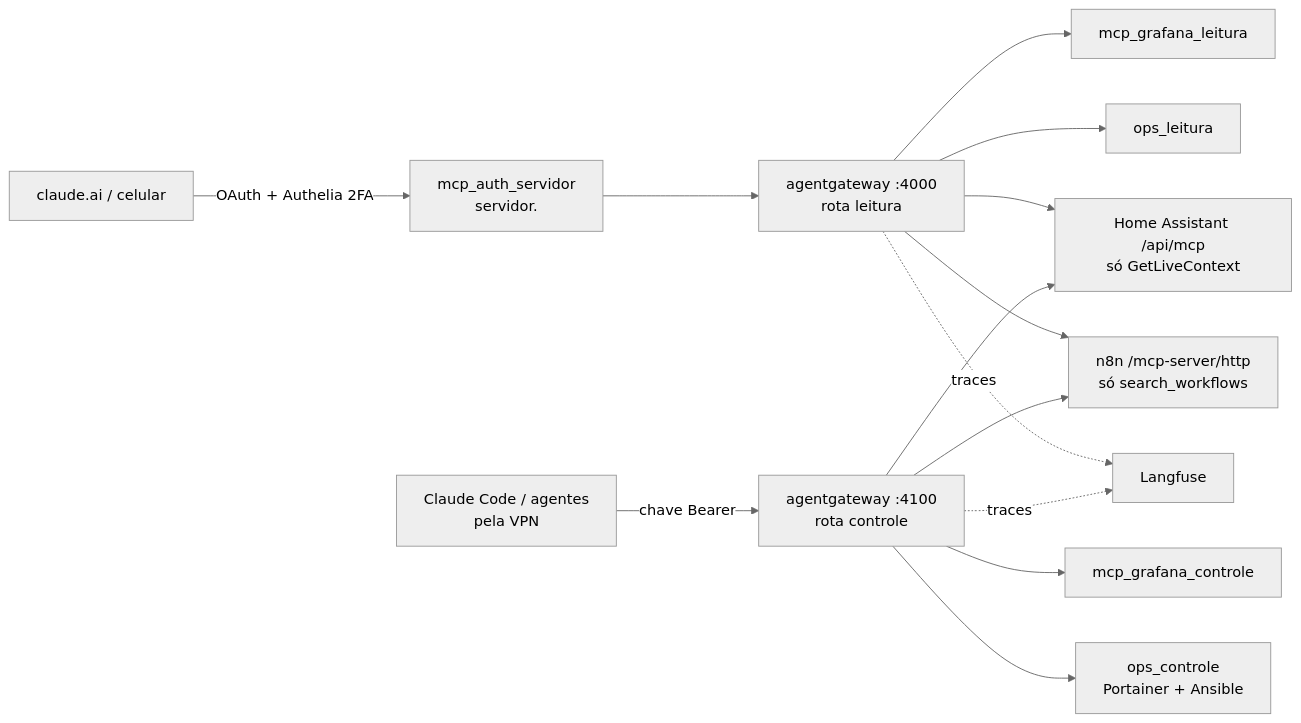
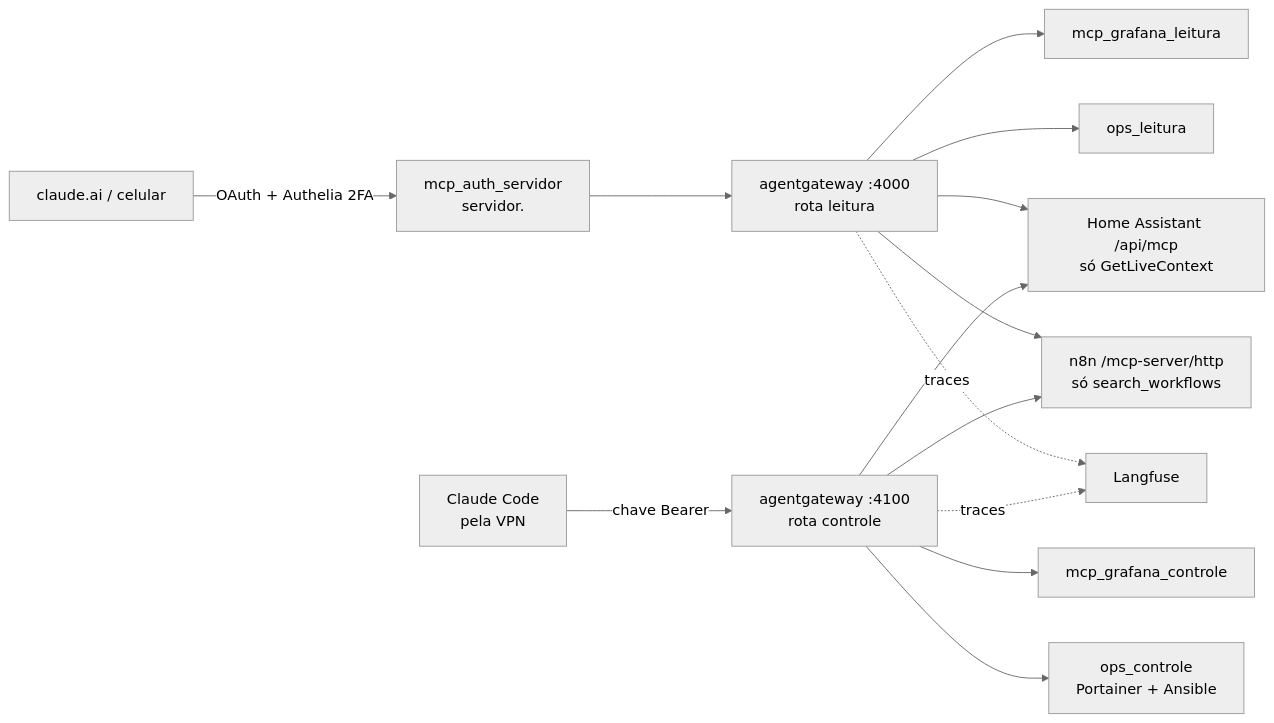
One commit to lioevano/wiki-home-server changed the diagram in wiki/docs/01-manual-implementacao/13-agentes-base.md. Above: the diagram before and after it, drawn with Mermaid (neutral theme). The commit also changed other lines of this file and 53 other files, not shown here.

````diff
--- a/wiki/docs/01-manual-implementacao/13-agentes-base.md
+++ b/wiki/docs/01-manual-implementacao/13-agentes-base.md
@@ -11,16 +11,16 @@
 ```mermaid
 flowchart LR
     claude[claude.ai / celular] -- OAuth + Authelia 2FA --> proxy[mcp_auth_servidor<br/>servidor.]
-    code[Claude Code / agentes<br/>pela VPN] -- chave Bearer --> controle[agentgateway :4100<br/>rota controle]
+    code[Claude Code<br/>pela VPN] -- chave Bearer --> controle[agentgateway :4100<br/>rota controle]
     proxy --> leitura[agentgateway :4000<br/>rota leitura]
     leitura --> gl[mcp_grafana_leitura]
     leitura --> ol[ops_leitura]
     leitura --> ha[Home Assistant /api/mcp<br/>só GetLiveContext]
     leitura --> n8[n8n /mcp-server/http<br/>só search_workflows]
     controle --> gc[mcp_grafana_controle]
     controle --> oc[ops_controle<br/>Portainer + Ansible]
     controle --> ha
     controle --> n8
     leitura -. traces .-> lf[Langfuse]
     controle -. traces .-> lf
 ```
````
